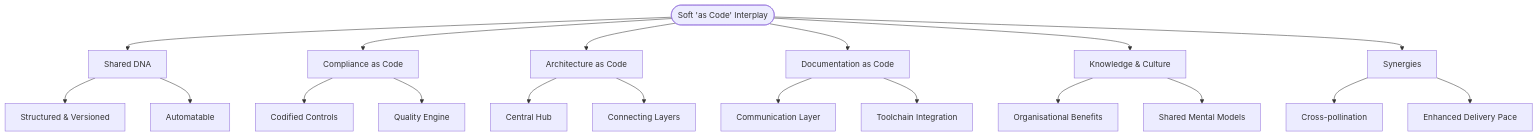
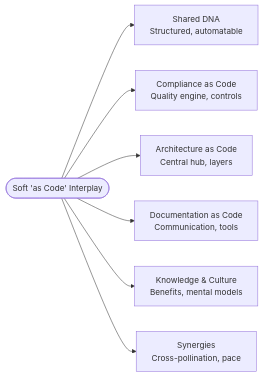
The diagram in docs/images/mindmap_23_soft_as_code_overview.mmd (Geonitab/architecture_as_code), drawn with Mermaid before and after one commit. The commit also changed 165 other files, not shown here.

First line of the commit message:
Readable diagrams, a check that measures them, and the rules in the guides

```diff
--- a/docs/images/mindmap_23_soft_as_code_overview.mmd
+++ b/docs/images/mindmap_23_soft_as_code_overview.mmd
@@ -1,20 +1,14 @@
-graph TD
+flowchart LR
     ROOT(["Soft 'as Code' Interplay"]):::geon-primary
-    ROOT --> SD["Shared DNA"]:::geon-accent
-    ROOT --> CC["Compliance as Code"]:::geon-accent
-    ROOT --> AAC["Architecture as Code"]:::geon-accent
-    ROOT --> DAC["Documentation as Code"]:::geon-accent
-    ROOT --> KC["Knowledge & Culture"]:::geon-accent
-    ROOT --> SYN["Synergies"]:::geon-accent
-    SD --> SD1["Structured & Versioned"]:::geon-highlight
-    SD --> SD2["Automatable"]:::geon-highlight
-    CC --> CC1["Codified Controls"]:::geon-highlight
-    CC --> CC2["Quality Engine"]:::geon-highlight
-    AAC --> AAC1["Central Hub"]:::geon-highlight
-    AAC --> AAC2["Connecting Layers"]:::geon-highlight
-    DAC --> DAC1["Communication Layer"]:::geon-highlight
-    DAC --> DAC2["Toolchain Integration"]:::geon-highlight
-    KC --> KC1["Organisational Benefits"]:::geon-highlight
-    KC --> KC2["Shared Mental Models"]:::geon-highlight
-    SYN --> SYN1["Cross-pollination"]:::geon-highlight
-    SYN --> SYN2["Enhanced Delivery Pace"]:::geon-highlight
+    SD["Shared DNA<br/>Structured, automatable"]:::geon-accent
+    CC["Compliance as Code<br/>Quality engine, controls"]:::geon-accent
+    AAC["Architecture as Code<br/>Central hub, layers"]:::geon-accent
+    DAC["Documentation as Code<br/>Communication, tools"]:::geon-accent
+    KC["Knowledge & Culture<br/>Benefits, mental models"]:::geon-accent
+    SYN["Synergies<br/>Cross-pollination, pace"]:::geon-accent
+    ROOT --> SD
+    ROOT --> CC
+    ROOT --> AAC
+    ROOT --> DAC
+    ROOT --> KC
+    ROOT --> SYN
```
